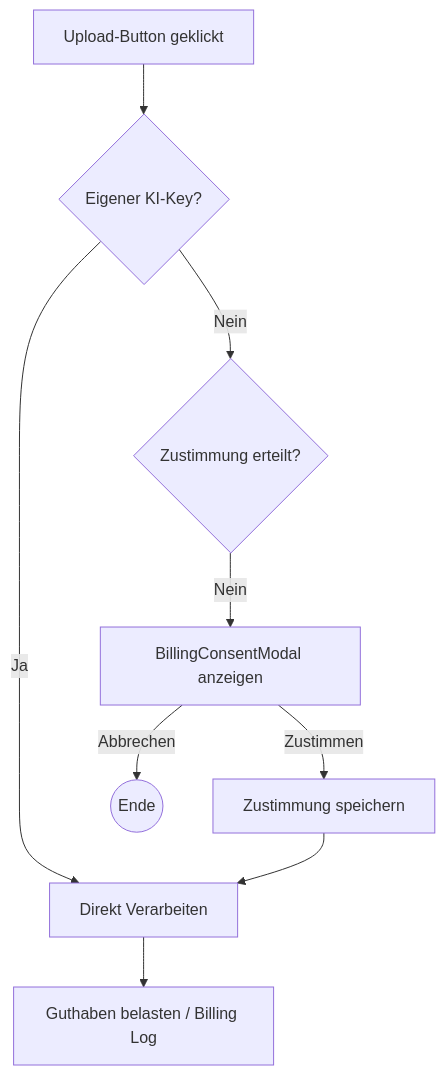
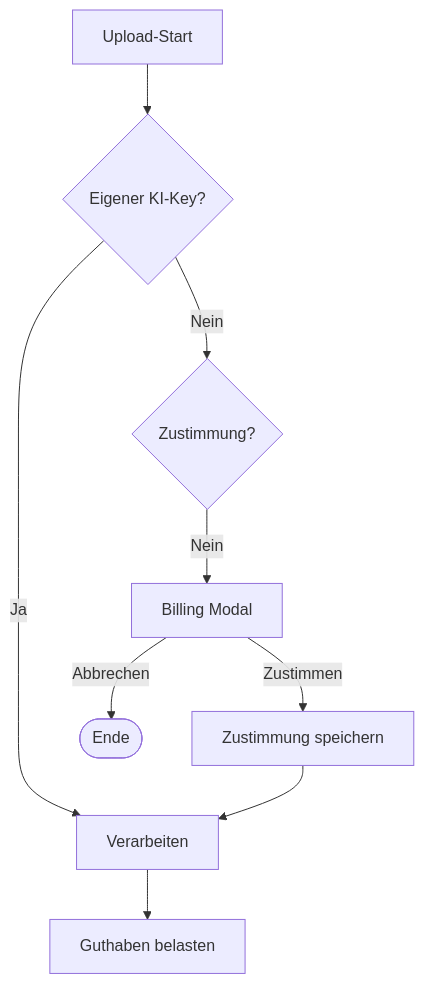
The fourth of 4 diagrams in documentation/PWA_WORKFLOWS.md (mpetutschnig/pawvax), drawn with Mermaid before and after one commit. The commit also changed other lines of this file and 2 other files, not shown here.

Commit message:
docs: use minimal flowchart syntax for maximum compatibility, versionbump 20260512_1758

````diff
--- a/documentation/PWA_WORKFLOWS.md
+++ b/documentation/PWA_WORKFLOWS.md
@@ -114,13 +95,13 @@
 ```mermaid
-graph TD
-    Upload["Upload-Button geklickt"] --> KeyCheck{"Eigener KI-Key?"}
-    KeyCheck -- "Ja" --> Process["Direkt Verarbeiten"]
-    KeyCheck -- "Nein" --> Consent{"Zustimmung erteilt?"}
+flowchart TD
+    Upload[Upload-Start] --> KeyCheck{Eigener KI-Key?}
+    KeyCheck -- Ja --> Process[Verarbeiten]
+    KeyCheck -- Nein --> Consent{Zustimmung?}
     
-    Consent -- "Nein" --> Modal["BillingConsentModal anzeigen"]
-    Modal -- "Abbrechen" --> Cancel(("Ende"))
-    Modal -- "Zustimmen" --> SaveConsent["Zustimmung speichern"]
+    Consent -- Nein --> Modal[Billing Modal]
+    Modal -- Abbrechen --> Cancel([Ende])
+    Modal -- Zustimmen --> SaveConsent[Zustimmung speichern]
     
     SaveConsent --> Process
-    Process --> Charge["Guthaben belasten / Billing Log"]
+    Process --> Charge[Guthaben belasten]
 ```
````
